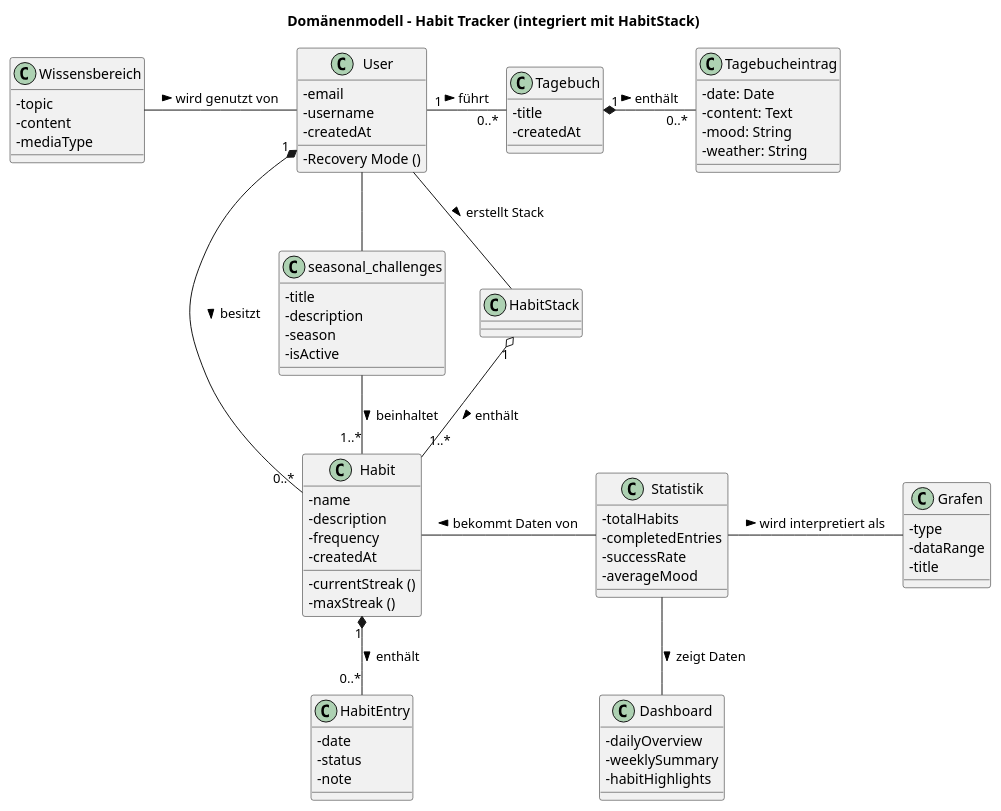
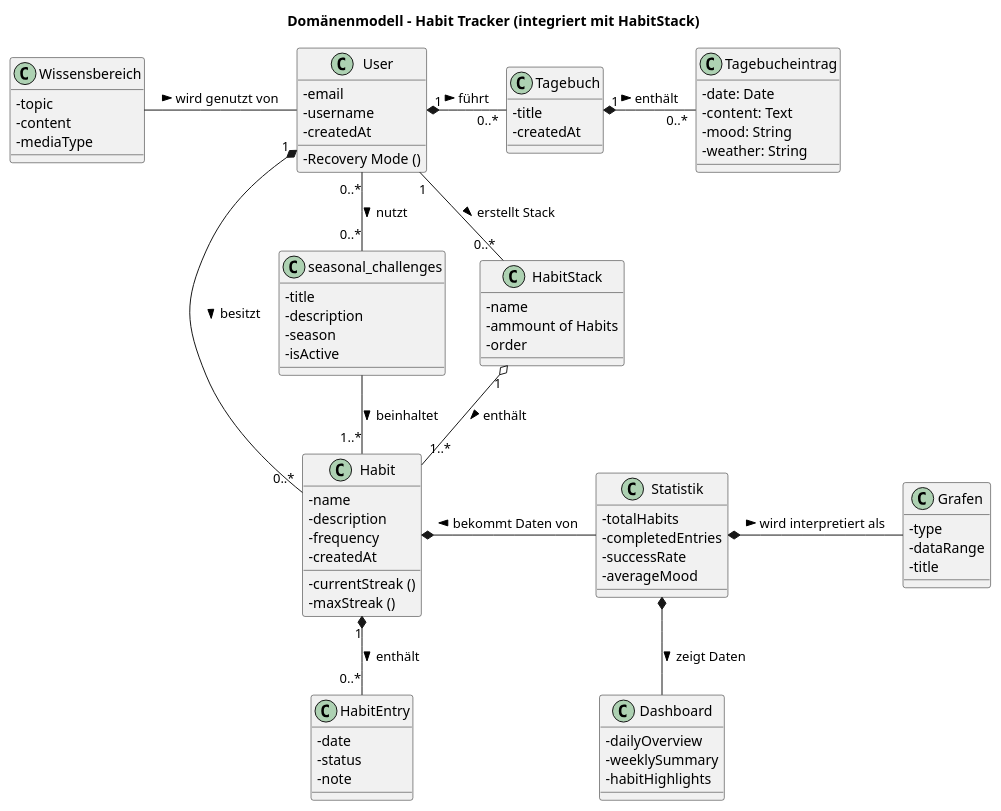
The diagram in docs/requirements/plantuml/Domänenmodell.plantuml (laurenzzzzzz/htwd-se1-habitree), drawn with PlantUML before and after one commit.

Commit message:
Update Domänenmodell (glossary.adoc)

```diff
--- a/docs/requirements/plantuml/Domänenmodell.plantuml
+++ b/docs/requirements/plantuml/Domänenmodell.plantuml
@@ -1,100 +1,103 @@
 @startuml
 title Domänenmodell – Habit Tracker (integriert mit HabitStack)
 
 skinparam classAttributeIconSize 0
 
 '=======================
 ' Hauptklassen (Kernmodell)
 '=======================
 
 class User {
   - email
   - username
   - createdAt
   - Recovery Mode ()
 }
 
 class Habit {
   - name
   - description
   - frequency
   - createdAt
   - currentStreak ()
   - maxStreak ()
 }
 
 class HabitEntry {
   - date
   - status
   - note
 }
 class Tagebucheintrag {
   - date: Date
   - content: Text
   - mood: String
   - weather: String
 }
 
 class Tagebuch {
   - title
   - createdAt
 }
 class seasonal_challenges {
   - title
   - description
   - season
   - isActive
 }
 class Statistik {
   - totalHabits
   - completedEntries
   - successRate
   - averageMood
 }
 
 class Dashboard {
   - dailyOverview
   - weeklySummary
   - habitHighlights
 }
 class Grafen {
   - type
   - dataRange
   - title
 }
 class Wissensbereich {
   - topic
   - content
   - mediaType
 }
-class HabitStack
+class HabitStack {
+  - name
+  - ammount of Habits
+  - order
+}
 
 
 '=======================
 ' Beziehungen
 '=======================
-
-User "1" *-- "0..*" Habit : besitzt >
-
-Habit "1" *-- "0..*" HabitEntry : enthält >
-
-HabitStack "1" o-- "1..*" Habit : enthält >
-
-
-User -- HabitStack : erstellt Stack >
-
-User -- seasonal_challenges
-seasonal_challenges -- "1..*" Habit : beinhaltet >
-
 Wissensbereich - User : wird genutzt von >
-
-Habit - Statistik : bekommt Daten von <
-Statistik -- Dashboard : zeigt Daten >
-Statistik - Grafen : wird interpretiert als >
-
-User "1" - "0..*" Tagebuch : führt >
-
 Tagebuch "1" *- "0..*" Tagebucheintrag : enthält >
 
 
+User "1" *-- "0..*" Habit : besitzt >
+User "1" -- "0..*"HabitStack : erstellt Stack >
+User "0..*"-- "0..*"seasonal_challenges : nutzt >
+User "1" *- "0..*" Tagebuch : führt >
+
+HabitStack "1" o-- "1..*" Habit : enthält >
+seasonal_challenges -- "1..*" Habit : beinhaltet >
+
+
+Habit "1" *-- "0..*" HabitEntry : enthält >
+Habit *- Statistik : bekommt Daten von <
+
+
+Statistik *-- Dashboard : zeigt Daten >
+Statistik *- Grafen : wird interpretiert als >
+
+
+
+
 @enduml
```
